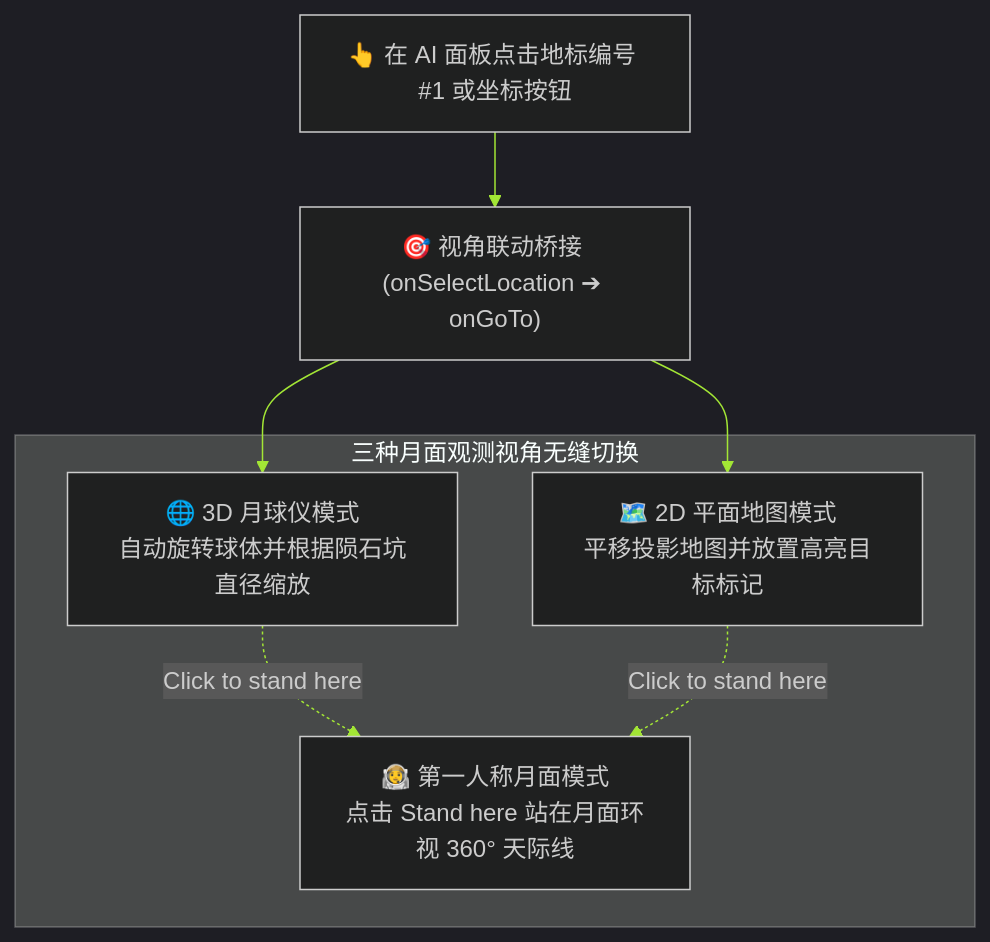
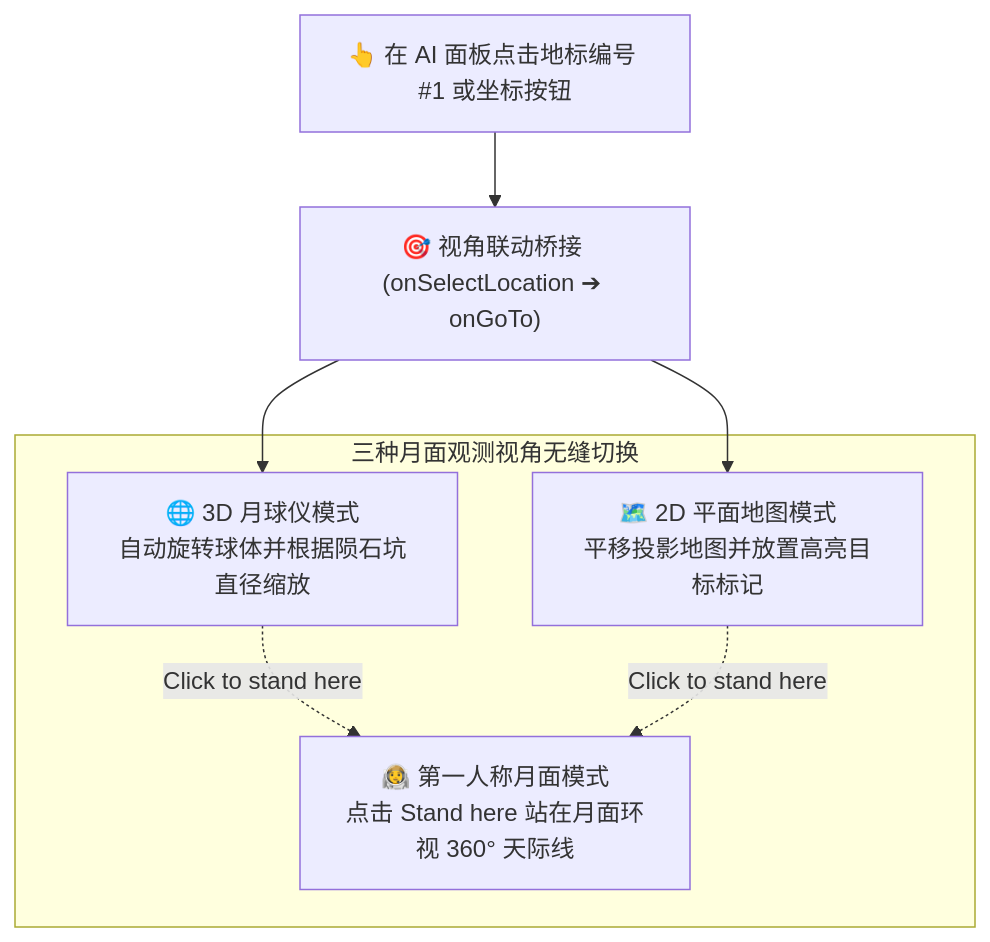
The second of 3 diagrams in README.zh-CN.md (xbl2602/bean-drift), drawn with Mermaid before and after one commit. The commit also changed other lines of this file and 2 other files, not shown here.

````diff
--- a/README.zh-CN.md
+++ b/README.zh-CN.md
@@ -97,16 +101,15 @@
 ```mermaid
-%%{init: {'theme': 'dark', 'themeVariables': { 'primaryColor': '#1a2b30', 'primaryTextColor': '#eef4ee', 'primaryBorderColor': '#38bdf8', 'lineColor': '#a3e635'}}}%%
 flowchart TB
   Click["👆 在 AI 面板点击地标编号 #1 或坐标按钮"]
   Bridge["🎯 视角联动桥接 (onSelectLocation ➔ onGoTo)"]
   subgraph Visions["三种月面观测视角无缝切换"]
     V3D["🌐 3D 月球仪模式\n自动旋转球体并根据陨石坑直径缩放"]
     V2D["🗺️ 2D 平面地图模式\n平移投影地图并放置高亮目标标记"]
     V1P["👨‍🚀 第一人称月面模式\n点击 Stand here 站在月面环视 360° 天际线"]
   end
   Click --> Bridge
   Bridge --> V3D
   Bridge --> V2D
   V3D -.->|"Click to stand here"| V1P
   V2D -.->|"Click to stand here"| V1P
 ```
````
